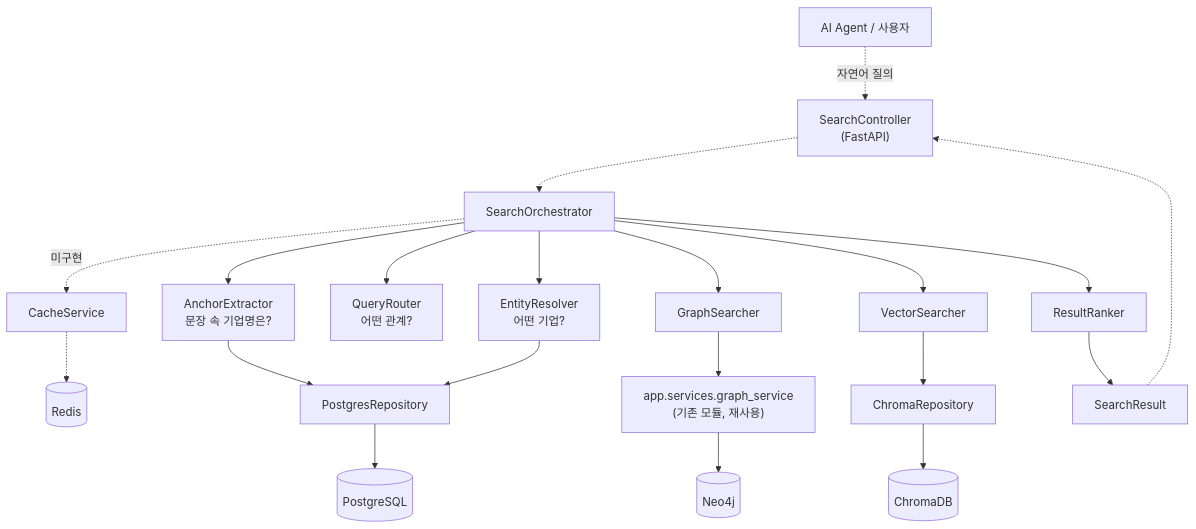
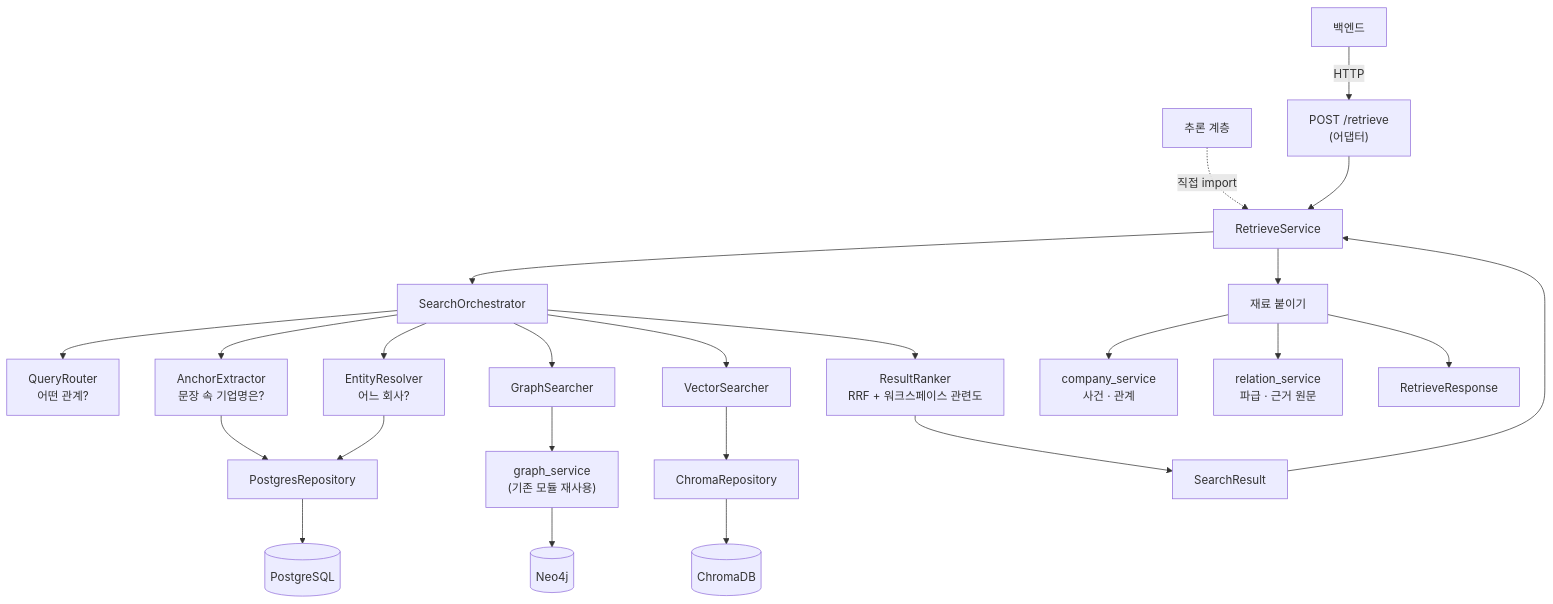
Before and after one commit to Biz-Node/BizNode-AI-Data: the diagram in BizNode_Search_Layer_설계.md, drawn with Mermaid. The commit also changed other lines of this file and 40 other files, not shown here.

````diff
--- a/BizNode_Search_Layer_설계.md
+++ b/BizNode_Search_Layer_설계.md
@@ -31,25 +67,30 @@
 ```mermaid
 flowchart TD
-    Agent["AI Agent / 사용자"] -.->|"자연어 질의"| API["SearchController<br/>(FastAPI)"]
-    API -.-> Orch["SearchOrchestrator"]
+    BE["백엔드"] -->|HTTP| RT["POST /retrieve<br/>(어댑터)"]
+    INF["추론 계층"] -.->|직접 import| RS
+    RT --> RS["RetrieveService"]
 
-    Orch --> AE["AnchorExtractor<br/>문장 속 기업명은?"]
-    Orch --> ER["EntityResolver<br/>어떤 기업?"]
-    Orch --> QR["QueryRouter<br/>어떤 관계?"]
-    Orch --> GS["GraphSearcher"]
-    Orch --> VS["VectorSearcher"]
-    Orch --> RR["ResultRanker"]
-    Orch -.->|미구현| Cache["CacheService"]
+    RS --> ORCH["SearchOrchestrator"]
+    ORCH --> QR["QueryRouter<br/>어떤 관계?"]
+    ORCH --> AE["AnchorExtractor<br/>문장 속 기업명은?"]
+    ORCH --> ER["EntityResolver<br/>어느 회사?"]
+    ORCH --> GS["GraphSearcher"]
+    ORCH --> VS["VectorSearcher"]
+    ORCH --> RR["ResultRanker<br/>RRF + 워크스페이스 관련도"]
 
-    Cache -.-> Redis[(Redis)]
-    AE --> PGRepo
-    ER --> PGRepo["PostgresRepository"]
-    PGRepo --> PG[(PostgreSQL)]
-    GS --> GraphSvc["app.services.graph_service<br/>(기존 모듈, 재사용)"]
-    GraphSvc --> Neo4j[(Neo4j)]
-    VS --> ChromaRepo["ChromaRepository"]
-    ChromaRepo --> Chroma[(ChromaDB)]
+    AE --> PG["PostgresRepository"]
+    ER --> PG
+    PG --> PGDB[(PostgreSQL)]
+    GS --> GSVC["graph_service<br/>(기존 모듈 재사용)"]
+    GSVC --> NEO[(Neo4j)]
+    VS --> CR["ChromaRepository"]
+    CR --> CH[(ChromaDB)]
 
-    RR --> Result["SearchResult"]
-    Result -.-> API
+    RR --> SR["SearchResult"]
+    SR --> RS
+
+    RS --> ENR["재료 붙이기"]
+    ENR --> CS["company_service<br/>사건 · 관계"]
+    ENR --> RSVC["relation_service<br/>파급 · 근거 원문"]
+    ENR --> RESP["RetrieveResponse"]
 ```
````
